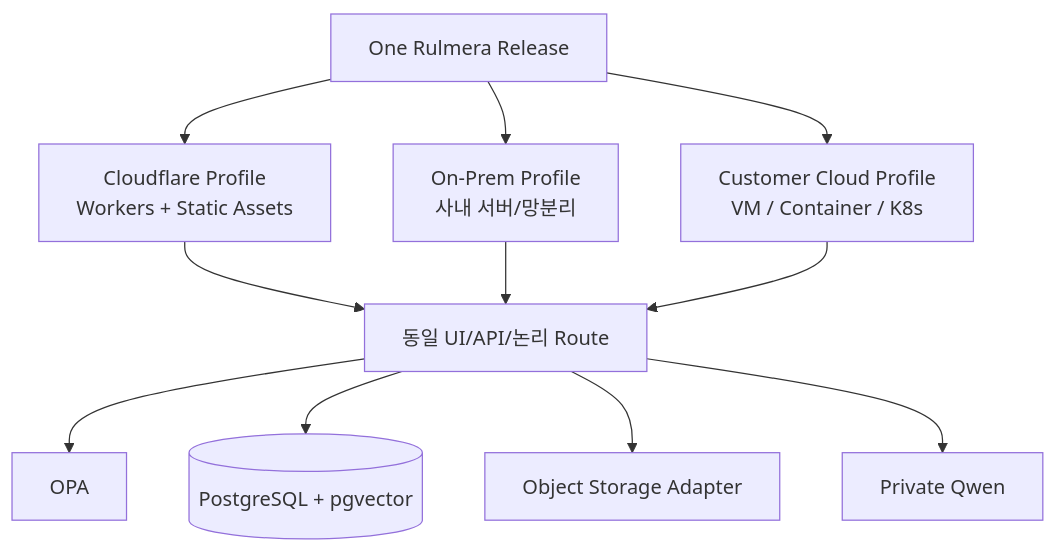
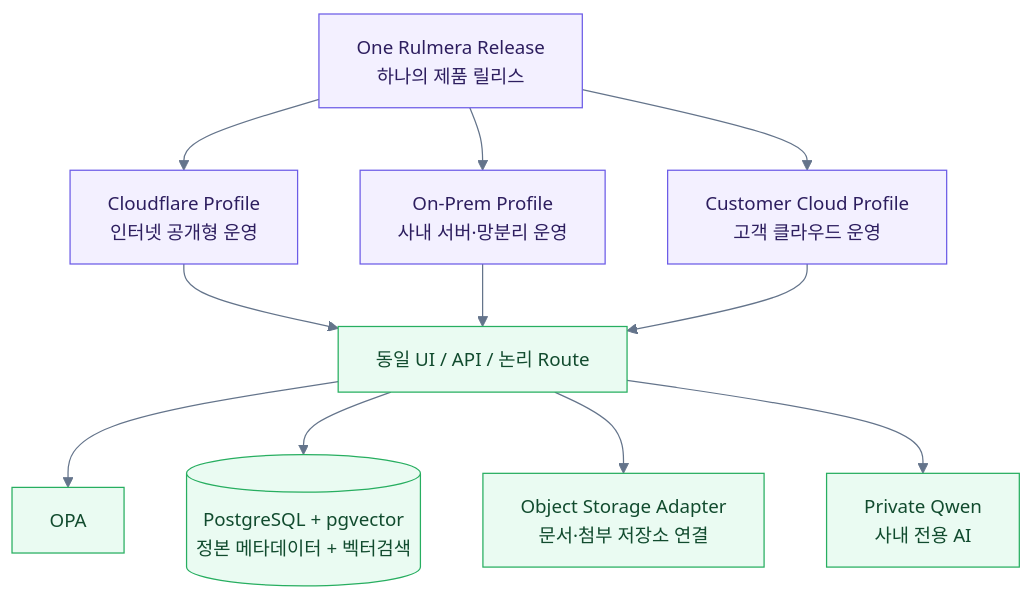
Before and after one commit to hori5000/Rulmera-OPA: the third of 3 diagrams in rulmera-enterprise-knowledge/00-프로젝트-홈.md, drawn with Mermaid. The commit also changed other lines of this file and 63 other files, not shown here.

Commit message:
Sync Rulmera-OPA 전체 Vault 2026-09-17 10:25:49

````diff
--- a/rulmera-enterprise-knowledge/00-프로젝트-홈.md
+++ b/rulmera-enterprise-knowledge/00-프로젝트-홈.md
@@ -93,16 +118,22 @@
 ```mermaid
+%%{init: {"theme":"base","themeVariables":{"primaryColor":"#F8FAFC","primaryTextColor":"#1F2937","primaryBorderColor":"#64748B","lineColor":"#64748B","secondaryColor":"#EAF4FF","tertiaryColor":"#EAFBF2","clusterBkg":"#F8FAFC","clusterBorder":"#CBD5E1","fontSize":"15px"}} }%%
 flowchart TB
-    REL[One Rulmera Release]
-    REL --> CF[Cloudflare Profile<br/>Workers + Static Assets]
-    REL --> OP[On-Prem Profile<br/>사내 서버/망분리]
-    REL --> CC[Customer Cloud Profile<br/>VM / Container / K8s]
+    REL[One Rulmera Release<br/>하나의 제품 릴리스]
+    REL --> CF[Cloudflare Profile<br/>인터넷 공개형 운영]
+    REL --> OP[On-Prem Profile<br/>사내 서버·망분리 운영]
+    REL --> CC[Customer Cloud Profile<br/>고객 클라우드 운영]
 
-    CF --> APP[동일 UI/API/논리 Route]
+    CF --> APP[동일 UI / API / 논리 Route]
     OP --> APP
     CC --> APP
 
     APP --> OPA[OPA]
-    APP --> PG[(PostgreSQL + pgvector)]
-    APP --> OBJ[Object Storage Adapter]
-    APP --> QW[Private Qwen]
+    APP --> PG[(PostgreSQL + pgvector<br/>정본 메타데이터 + 벡터검색)]
+    APP --> OBJ[Object Storage Adapter<br/>문서·첨부 저장소 연결]
+    APP --> QW[Private Qwen<br/>사내 전용 AI]
+
+    classDef x fill:#F3F0FF,stroke:#6C5CE7,color:#2D1E5F;
+    classDef y fill:#EAFBF2,stroke:#27AE60,color:#114B2E;
+    class REL,CF,OP,CC x;
+    class APP,OPA,PG,OBJ,QW y;
 ```
````
